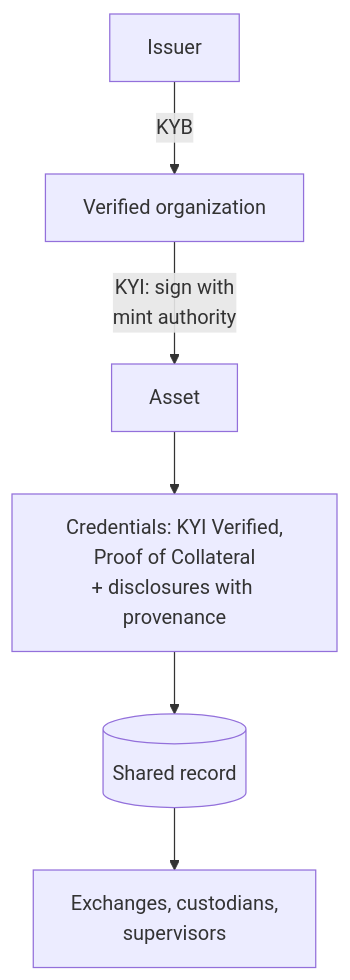
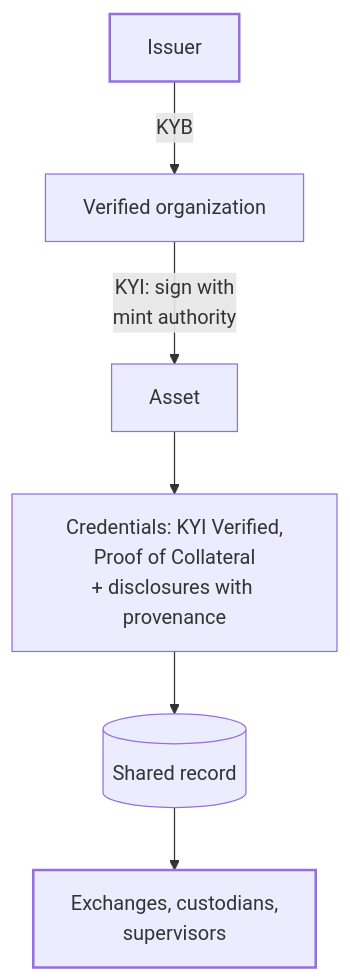
Before and after one commit to blupryntco/docs: the diagram in concepts.mdx, drawn with Mermaid. The commit also changed 54 other files, not shown here.

Commit message:
Diagrams in site palette with dark mode; Developers overview for SDK + both APIs

````diff
--- a/concepts.mdx
+++ b/concepts.mdx
@@ -22,8 +22,12 @@
 ```mermaid
 flowchart TD
   I[Issuer] -- KYB --> O[Verified organization]
   O -- "KYI: sign with<br/>mint authority" --> A[Asset]
   A --> C["Credentials: KYI Verified,<br/>Proof of Collateral<br/>+ disclosures with provenance"]
   C --> R[(Shared record)]
   R --> V["Exchanges, custodians,<br/>supervisors"]
+classDef start stroke-width:2px
+classDef done stroke-width:2px
+class I start
+class V done
 ```
````
